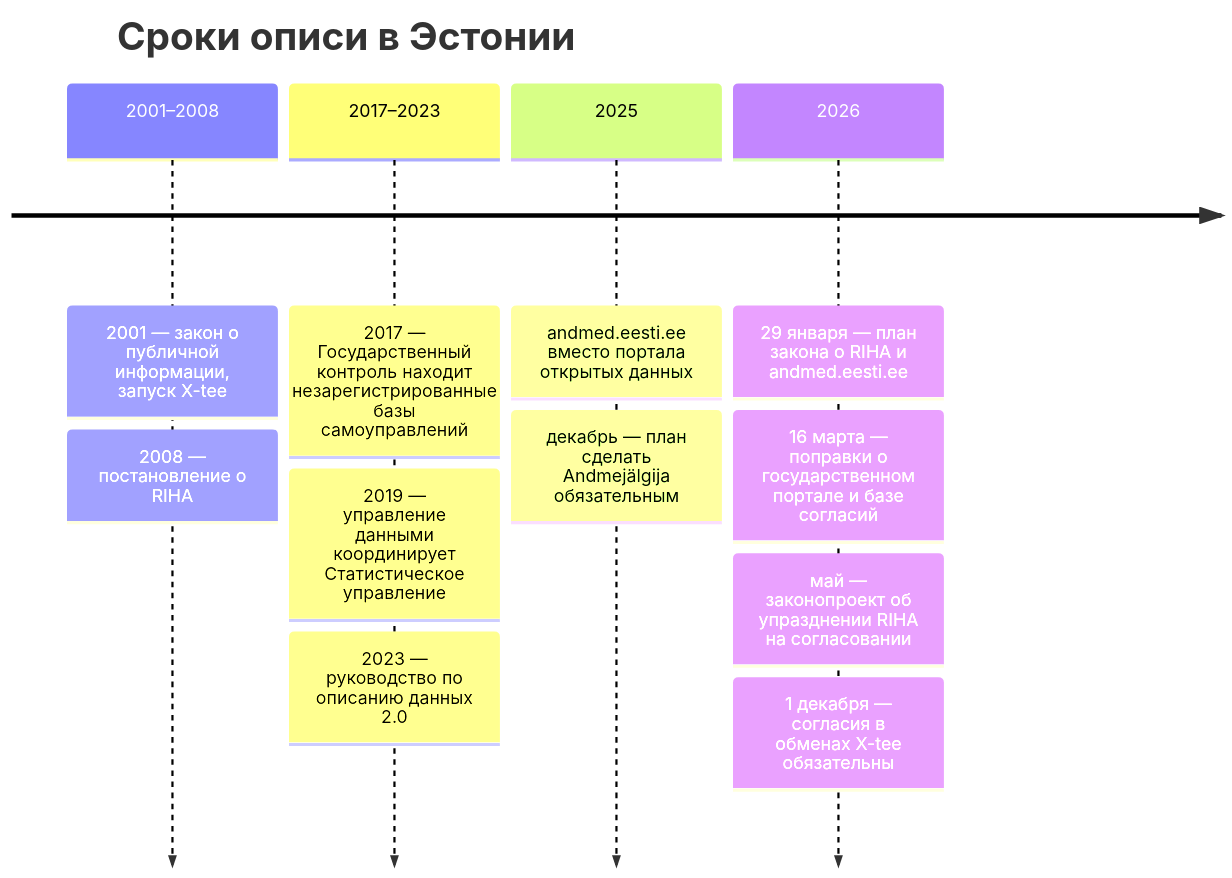
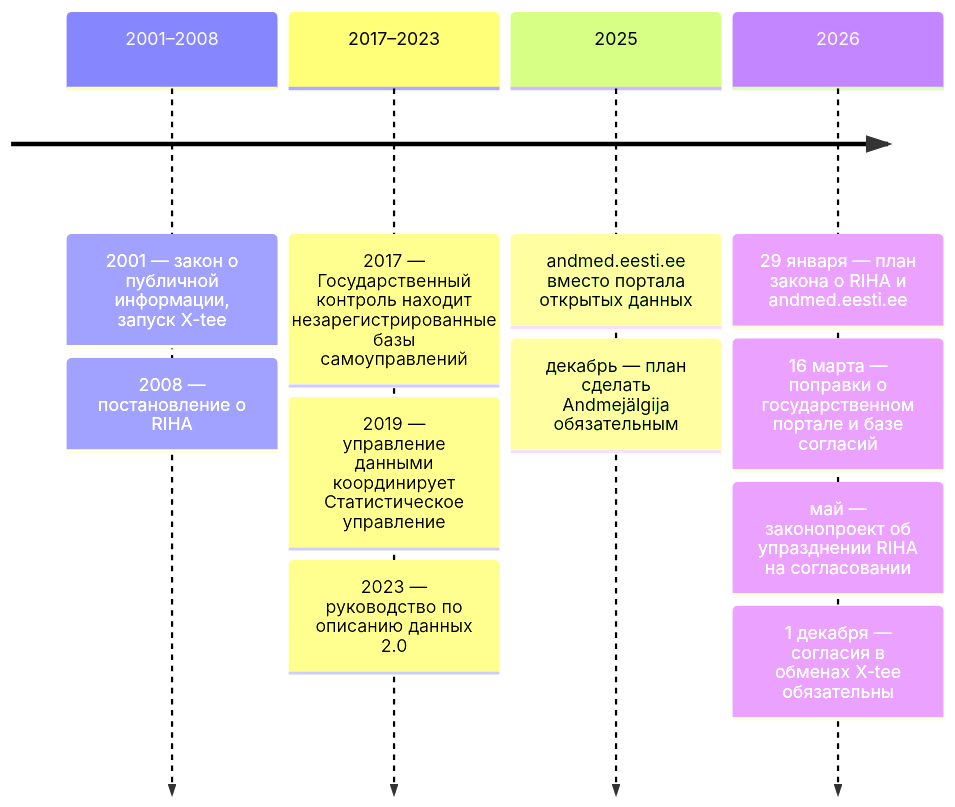
Before and after one commit to ivbeg/data-inventory: the second of 2 diagrams in docs/07-countries/07-estonia.md, drawn with Mermaid. The commit also changed other lines of this file and 34 other files, not shown here.

First line of the commit message:
Читаемая карта от продукта и единый размер схем в PDF

````diff
--- a/docs/07-countries/07-estonia.md
+++ b/docs/07-countries/07-estonia.md
@@ -52,8 +52,13 @@
 ```mermaid
+---
+config:
+  timeline:
+    leftMargin: 0
+    padding: 10
+---
 timeline
-  title Сроки описи в Эстонии
   2001–2008 : 2001 — закон о публичной информации, запуск X-tee : 2008 — постановление о RIHA
   2017–2023 : 2017 — Государственный контроль находит незарегистрированные базы самоуправлений : 2019 — управление данными координирует Статистическое управление : 2023 — руководство по описанию данных 2.0
   2025 : andmed.eesti.ee вместо портала открытых данных : декабрь — план сделать Andmejälgija обязательным
   2026 : 29 января — план закона о RIHA и andmed.eesti.ee : 16 марта — поправки о государственном портале и базе согласий : май — законопроект об упразднении RIHA на согласовании : 1 декабря — согласия в обменах X-tee обязательны
 ```
````
